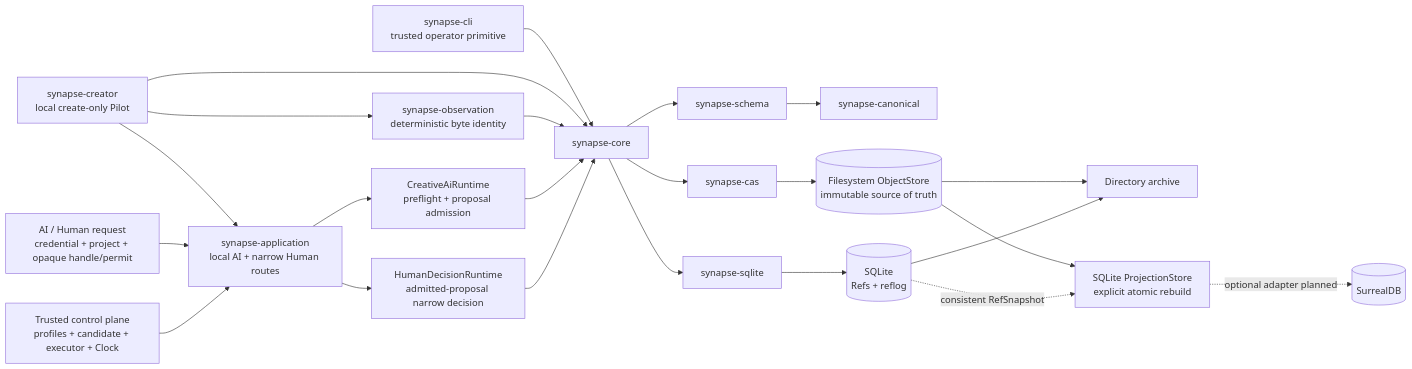
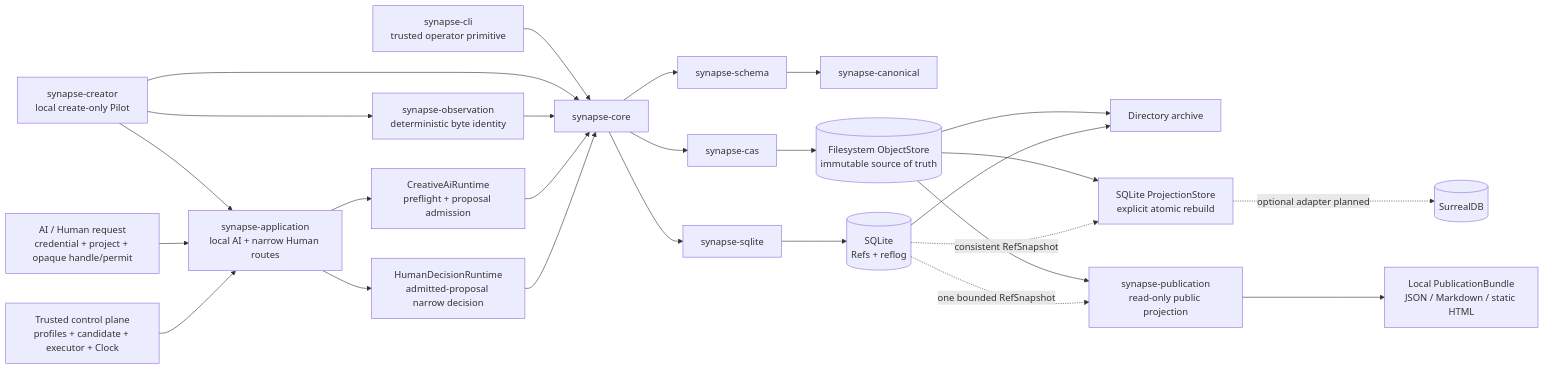
One commit to howlrs/synapsegit changed the diagram in docs/runtime_architecture.md. Above: the diagram before and after it, drawn with Mermaid. The commit also changed other lines of this file and 31 other files, not shown here.

````diff
--- a/docs/runtime_architecture.md
+++ b/docs/runtime_architecture.md
@@ -11,25 +11,28 @@
 ```mermaid
 flowchart LR
     CLI["synapse-cli<br/>trusted operator primitive"] --> CORE[synapse-core]
     CREATOR["synapse-creator<br/>local create-only Pilot"] --> OBS["synapse-observation<br/>deterministic byte identity"]
     CREATOR --> APP
     CREATOR --> CORE
     OBS --> CORE
     REQUEST["AI / Human request<br/>credential + project + opaque handle/permit"] --> APP["synapse-application<br/>local AI + narrow Human routes"]
     CONTROL["Trusted control plane<br/>profiles + candidate + executor + Clock"] --> APP
     APP --> AIR["CreativeAiRuntime<br/>preflight + proposal admission"]
     APP --> HUMAN["HumanDecisionRuntime<br/>admitted-proposal narrow decision"]
     AIR --> CORE
     HUMAN --> CORE
     CORE --> SCHEMA[synapse-schema]
     SCHEMA --> CANON[synapse-canonical]
     CORE --> CAS[synapse-cas]
     CORE --> REF[synapse-sqlite]
     CAS --> STORE[(Filesystem ObjectStore<br/>immutable source of truth)]
     REF --> DB[(SQLite<br/>Refs + reflog)]
     STORE --> ARCHIVE[Directory archive]
     DB --> ARCHIVE
     STORE --> PROJ["SQLite ProjectionStore<br/>explicit atomic rebuild"]
     DB -. consistent RefSnapshot .-> PROJ
+    STORE --> PRESENT["synapse-publication<br/>read-only public projection"]
+    DB -. one bounded RefSnapshot .-> PRESENT
+    PRESENT --> BUNDLE["Local PublicationBundle<br/>JSON / Markdown / static HTML"]
     PROJ -. optional adapter planned .-> SURREAL[(SurrealDB)]
 ```
````
